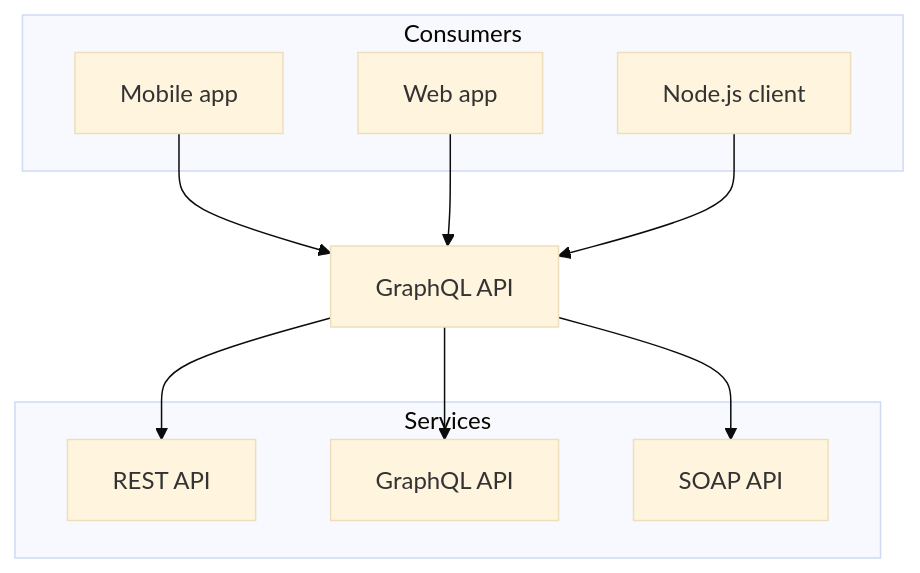
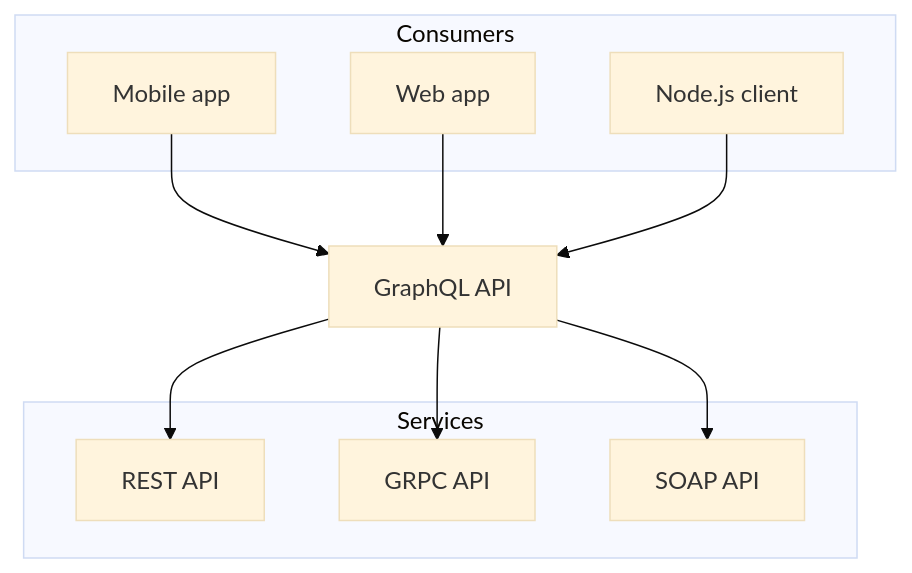
Before and after one commit to dwyl/nextra-demo: the diagram in src/pages/index.mdx, drawn with Mermaid (base theme). The commit also changed other lines of this file and 2 other files, not shown here.

````diff
--- a/src/pages/index.mdx
+++ b/src/pages/index.mdx
@@ -57,20 +66,20 @@
 ```mermaid
 graph TD;
 subgraph AA [Consumers]
 A[Mobile app];
 B[Web app];
 C[Node.js client];
 end
 subgraph BB [Services]
 E[REST API];
-F[GraphQL API];
+F[GRPC API];
 G[SOAP API];
 end
 Z[GraphQL API];
 A --> Z;
 B --> Z;
 C --> Z;
 Z --> E;
 Z --> F;
 Z --> G;
 ```
````
